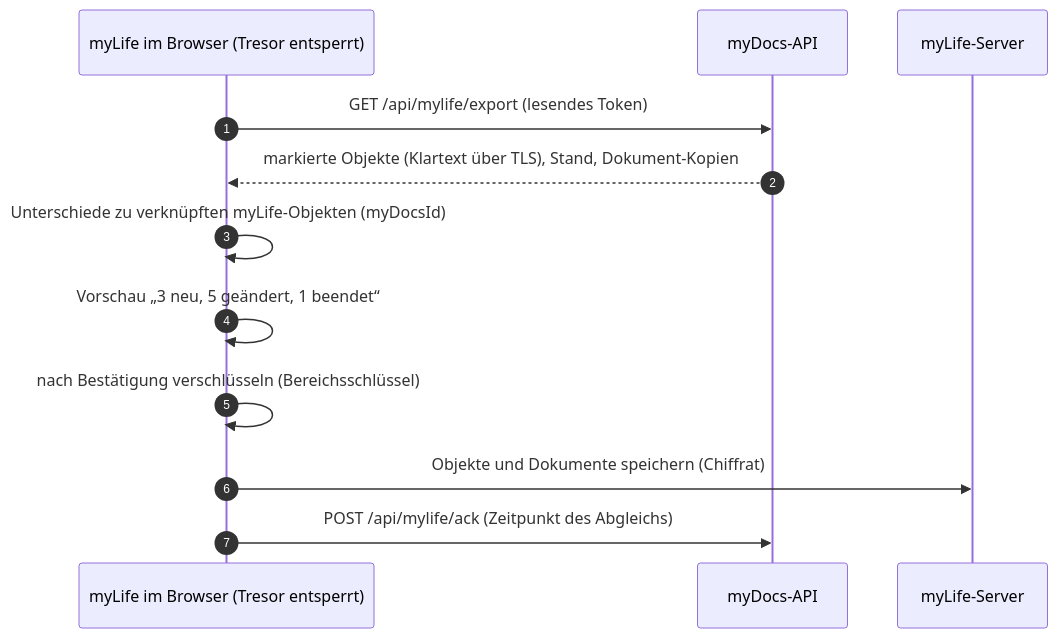
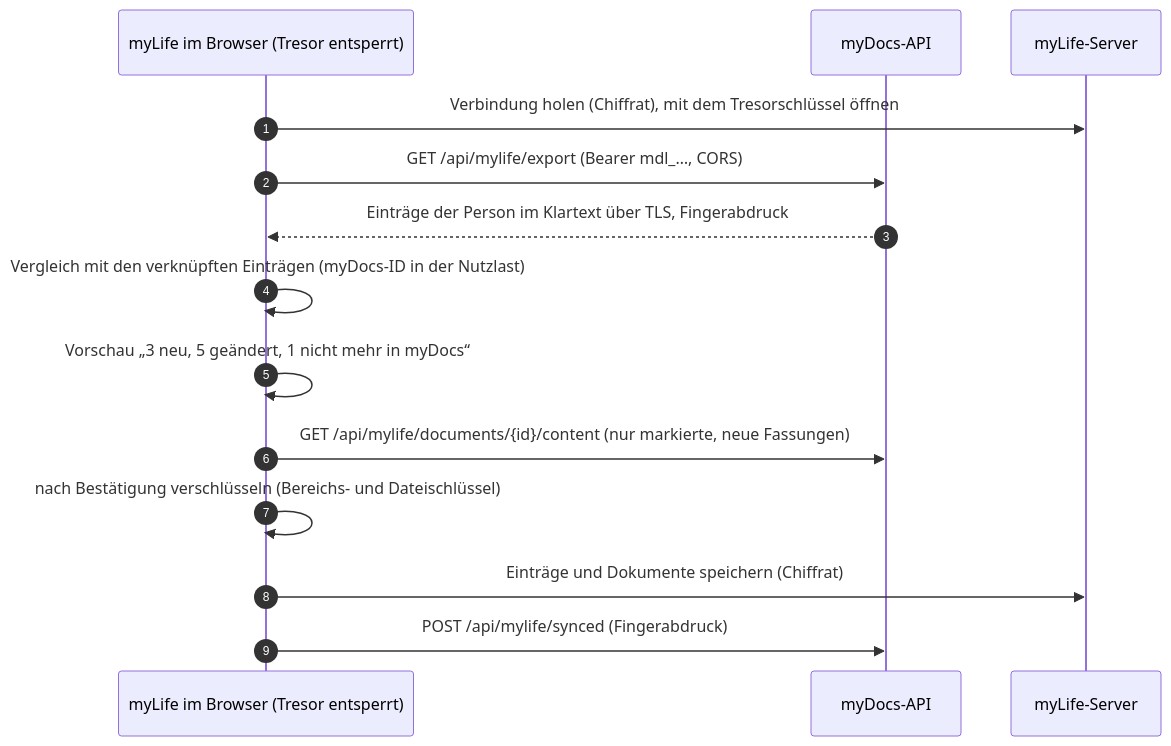
Before and after one commit to eckis-corner/myDocs: the fifth of 5 diagrams in docs/architektur.md, drawn with Mermaid. The commit also changed other lines of this file and 38 other files, not shown here.

````diff
--- a/docs/architektur.md
+++ b/docs/architektur.md
@@ -192,15 +192,17 @@
 ```mermaid
 sequenceDiagram
     autonumber
     participant B as myLife im Browser (Tresor entsperrt)
     participant D as myDocs-API
     participant L as myLife-Server
 
-    B->>D: GET /api/mylife/export (lesendes Token)
-    D-->>B: markierte Objekte (Klartext über TLS), Stand, Dokument-Kopien
-    B->>B: Unterschiede zu verknüpften myLife-Objekten (myDocsId)
-    B->>B: Vorschau „3 neu, 5 geändert, 1 beendet“
-    B->>B: nach Bestätigung verschlüsseln (Bereichsschlüssel)
-    B->>L: Objekte und Dokumente speichern (Chiffrat)
-    B->>D: POST /api/mylife/ack (Zeitpunkt des Abgleichs)
+    B->>L: Verbindung holen (Chiffrat), mit dem Tresorschlüssel öffnen
+    B->>D: GET /api/mylife/export (Bearer mdl_…, CORS)
+    D-->>B: Einträge der Person im Klartext über TLS, Fingerabdruck
+    B->>B: Vergleich mit den verknüpften Einträgen (myDocs-ID in der Nutzlast)
+    B->>B: Vorschau „3 neu, 5 geändert, 1 nicht mehr in myDocs“
+    B->>D: GET /api/mylife/documents/{id}/content (nur markierte, neue Fassungen)
+    B->>B: nach Bestätigung verschlüsseln (Bereichs- und Dateischlüssel)
+    B->>L: Einträge und Dokumente speichern (Chiffrat)
+    B->>D: POST /api/mylife/synced (Fingerabdruck)
 ```
````
